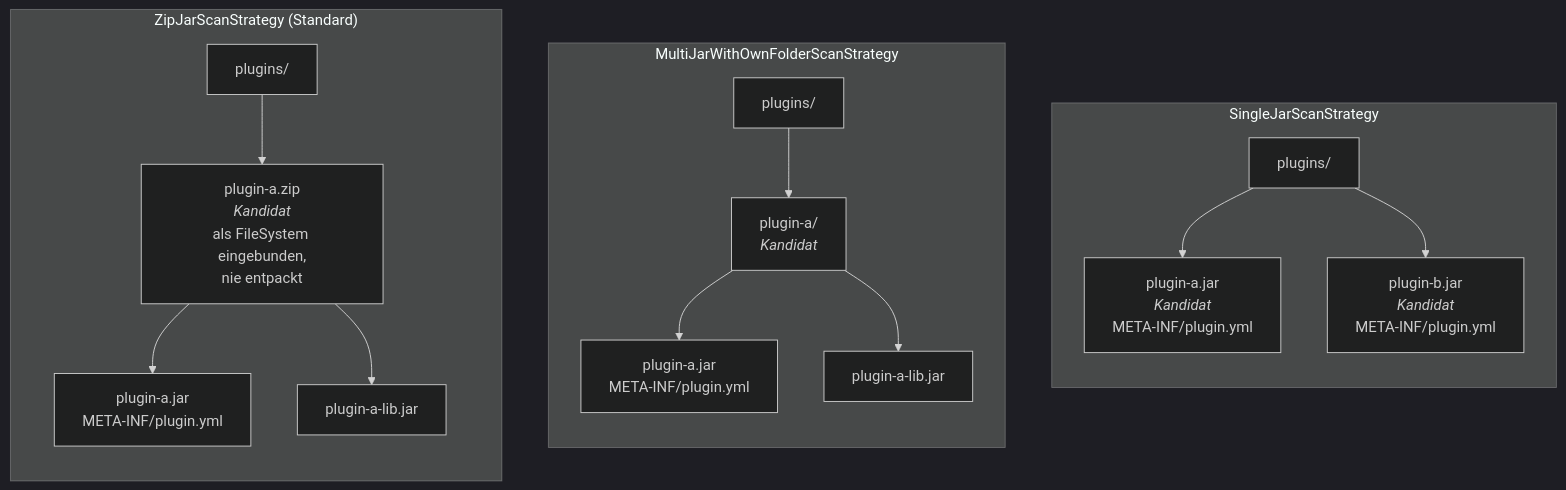
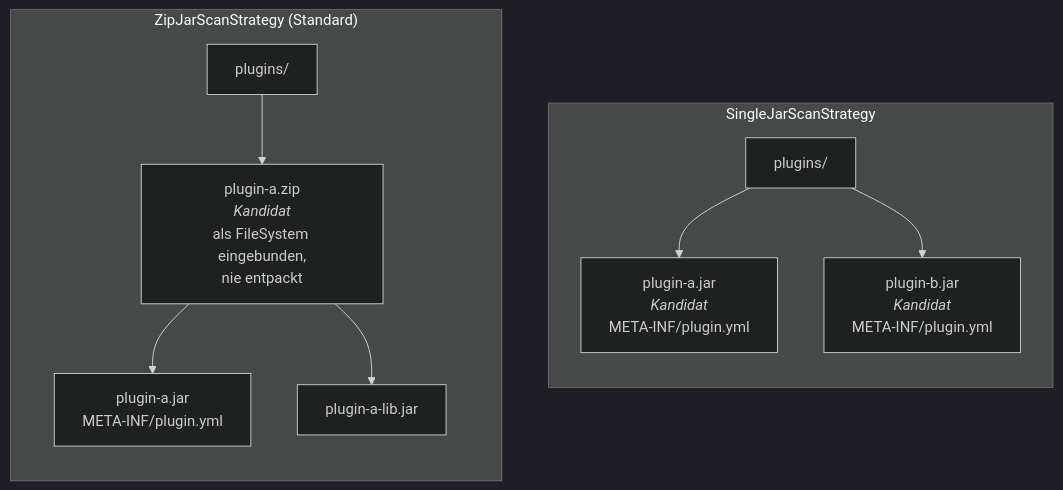
Before and after one commit to KleinerHacker/pluggiat: the diagram in docs/docs/host-integration/setup.de.md, drawn with Mermaid (dark theme). The commit also changed other lines of this file and 84 other files, not shown here.

Commit message:
Remove support for multi-JAR plugin scanning and related checksum security logic.

````diff
--- a/docs/docs/host-integration/setup.de.md
+++ b/docs/docs/host-integration/setup.de.md
@@ -35,22 +35,15 @@
 ```mermaid
 flowchart TD
     subgraph Single["SingleJarScanStrategy"]
         direction TB
         SDir["plugins/"] --> SA["plugin-a.jar<br/><i>Kandidat</i><br/>META-INF/plugin.yml"]
         SDir --> SB["plugin-b.jar<br/><i>Kandidat</i><br/>META-INF/plugin.yml"]
-    end
-
-    subgraph Multi["MultiJarWithOwnFolderScanStrategy"]
-        direction TB
-        MDir["plugins/"] --> MF["plugin-a/<br/><i>Kandidat</i>"]
-        MF --> MA["plugin-a.jar<br/>META-INF/plugin.yml"]
-        MF --> ML["plugin-a-lib.jar"]
     end
 
     subgraph Zip["ZipJarScanStrategy (Standard)"]
         direction TB
         ZDir["plugins/"] --> ZZ["plugin-a.zip<br/><i>Kandidat</i><br/>als FileSystem eingebunden,<br/>nie entpackt"]
         ZZ --> ZA["plugin-a.jar<br/>META-INF/plugin.yml"]
         ZZ --> ZL["plugin-a-lib.jar"]
     end
 ```
````
